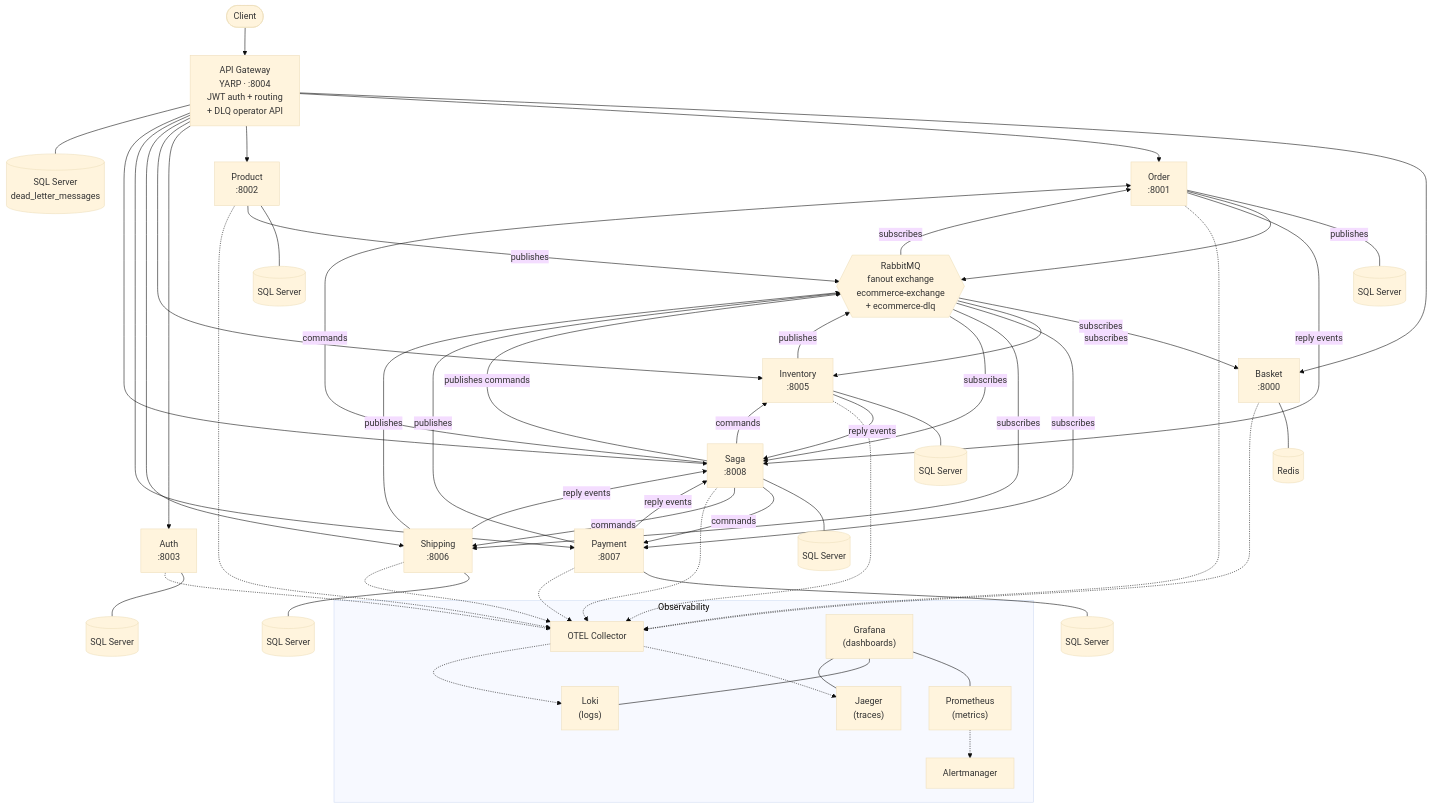
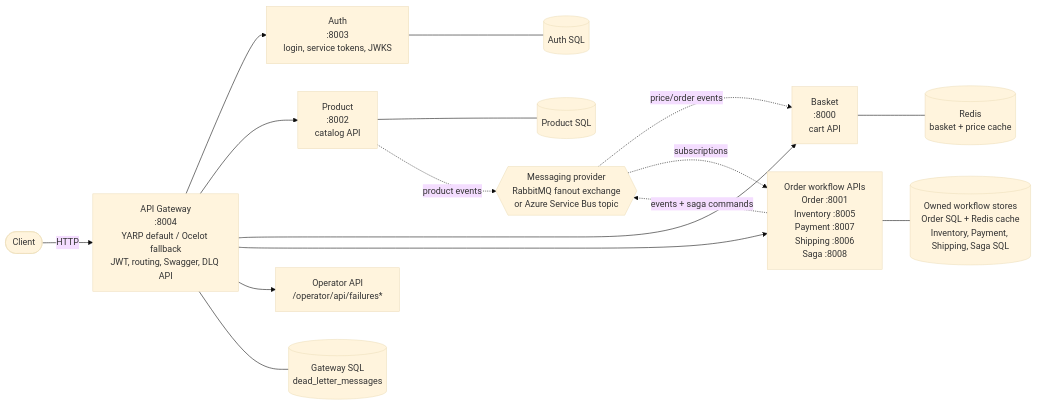
The first of 3 diagrams in README.md (daonhan/Microservices-in-.NET), drawn with Mermaid (base theme) before and after one commit. The commit also changed other lines of this file, not shown here.

Commit message:
docs: update architecture diagrams and service descriptions in README

````diff
--- a/README.md
+++ b/README.md
@@ -9,69 +13,21 @@
 ```mermaid
-graph TD
-    Client([Client]) --> GW["API Gateway<br/>YARP · :8004<br/>JWT auth + routing<br/>+ DLQ operator API"]
+flowchart LR
+    Client([Client]) -->|HTTP| Gateway["API Gateway<br/>:8004<br/>YARP default / Ocelot fallback<br/>JWT, routing, Swagger, DLQ API"]
 
-    GW --> Basket["Basket<br/>:8000"]
-    GW --> Order["Order<br/>:8001"]
-    GW --> Product["Product<br/>:8002"]
-    GW --> Auth["Auth<br/>:8003"]
-    GW --> Inventory["Inventory<br/>:8005"]
-    GW --> Shipping["Shipping<br/>:8006"]
-    GW --> Payment["Payment<br/>:8007"]
-    GW --> Saga["Saga<br/>:8008"]
+    Gateway --> Auth["Auth<br/>:8003<br/>login, service tokens, JWKS"]
+    Gateway --> Product["Product<br/>:8002<br/>catalog API"]
+    Gateway --> Basket["Basket<br/>:8000<br/>cart API"]
+    Gateway --> Workflow["Order workflow APIs<br/>Order :8001<br/>Inventory :8005<br/>Payment :8007<br/>Shipping :8006<br/>Saga :8008"]
+    Gateway --> Operator["Operator API<br/>/operator/api/failures*"]
 
-    Basket --- Redis[(Redis)]
-    Order --- SQLOrder[(SQL Server)]
-    Product --- SQLProduct[(SQL Server)]
-    Auth --- SQLAuth[(SQL Server)]
-    Inventory --- SQLInventory[(SQL Server)]
-    Shipping --- SQLShipping[(SQL Server)]
-    Payment --- SQLPayment[(SQL Server)]
-    Saga --- SQLSaga[(SQL Server)]
-    GW --- SQLGateway[(SQL Server<br/>dead_letter_messages)]
+    Auth --- AuthDb[("Auth SQL")]
+    Product --- ProductDb[("Product SQL")]
+    Basket --- Redis[("Redis<br/>basket + price cache")]
+    Workflow --- WorkflowData[("Owned workflow stores<br/>Order SQL + Redis cache<br/>Inventory, Payment, Shipping, Saga SQL")]
+    Gateway --- GatewayDb[("Gateway SQL<br/>dead_letter_messages")]
 
-    Order -- publishes --> RabbitMQ{{"RabbitMQ<br/>fanout exchange<br/>ecommerce-exchange<br/>+ ecommerce-dlq"}}
-    Product -- publishes --> RabbitMQ
-    Inventory -- publishes --> RabbitMQ
-    Payment -- publishes --> RabbitMQ
-    Shipping -- publishes --> RabbitMQ
-    Saga -- publishes commands --> RabbitMQ
-    RabbitMQ -- subscribes --> Basket
-    RabbitMQ -- subscribes --> Order
-    RabbitMQ -- subscribes --> Inventory
-    RabbitMQ -- subscribes --> Payment
-    RabbitMQ -- subscribes --> Shipping
-    RabbitMQ -- subscribes --> Saga
-
-    Saga -- commands --> Order
-    Saga -- commands --> Inventory
-    Saga -- commands --> Payment
-    Saga -- commands --> Shipping
-    Order -- reply events --> Saga
-    Inventory -- reply events --> Saga
-    Payment -- reply events --> Saga
-    Shipping -- reply events --> Saga
-
-    subgraph Observability
-        OTEL["OTEL Collector"]
-        Jaeger["Jaeger<br/>(traces)"]
-        Prometheus["Prometheus<br/>(metrics)"]
-        Loki["Loki<br/>(logs)"]
-        Grafana["Grafana<br/>(dashboards)"]
-        Alertmanager["Alertmanager"]
-    end
-
-    Basket -.-> OTEL
-    Order -.-> OTEL
-    Product -.-> OTEL
-    Auth -.-> OTEL
-    Inventory -.-> OTEL
-    Shipping -.-> OTEL
-    Payment -.-> OTEL
-    Saga -.-> OTEL
-    OTEL -.-> Jaeger
-    OTEL -.-> Loki
-    Prometheus -.-> Alertmanager
-    Grafana --- Prometheus
-    Grafana --- Loki
-    Grafana --- Jaeger
+    Product -.->|product events| Broker{{"Messaging provider<br/>RabbitMQ fanout exchange<br/>or Azure Service Bus topic"}}
+    Broker -.->|price/order events| Basket
+    Workflow -.->|events + saga commands| Broker
+    Broker -.->|subscriptions| Workflow
 ```
````
